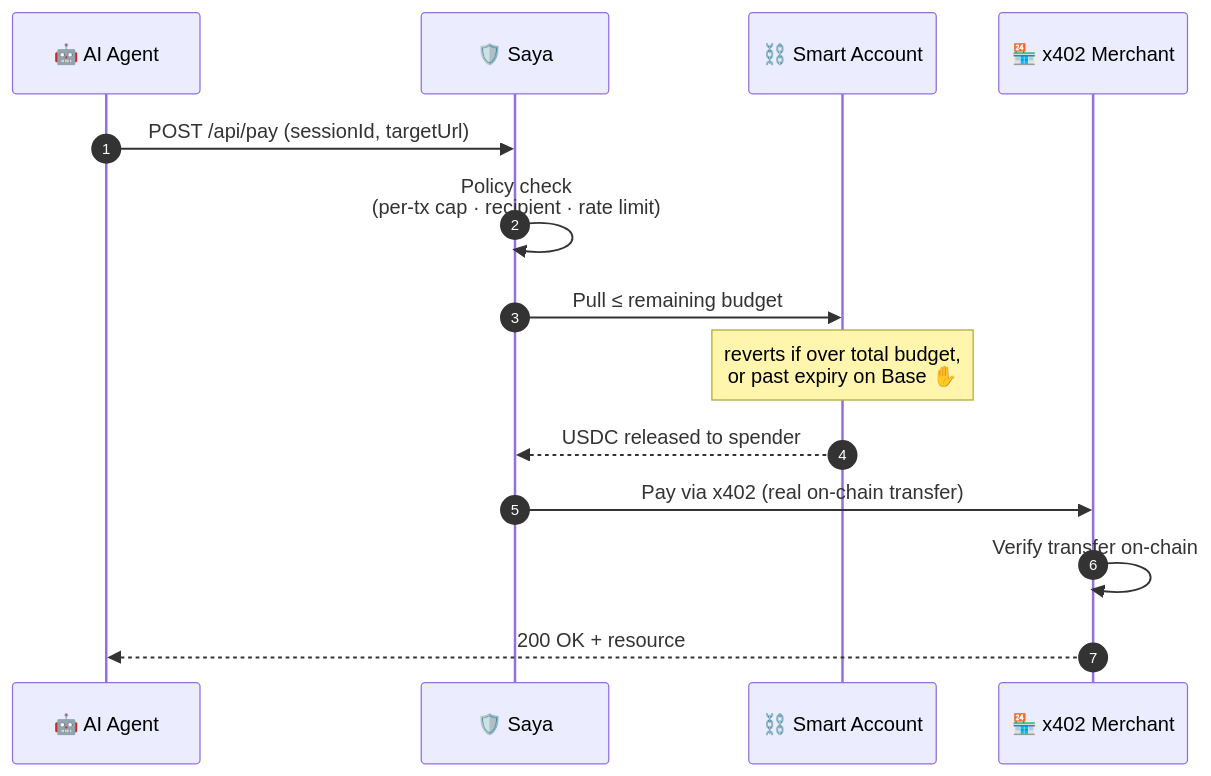
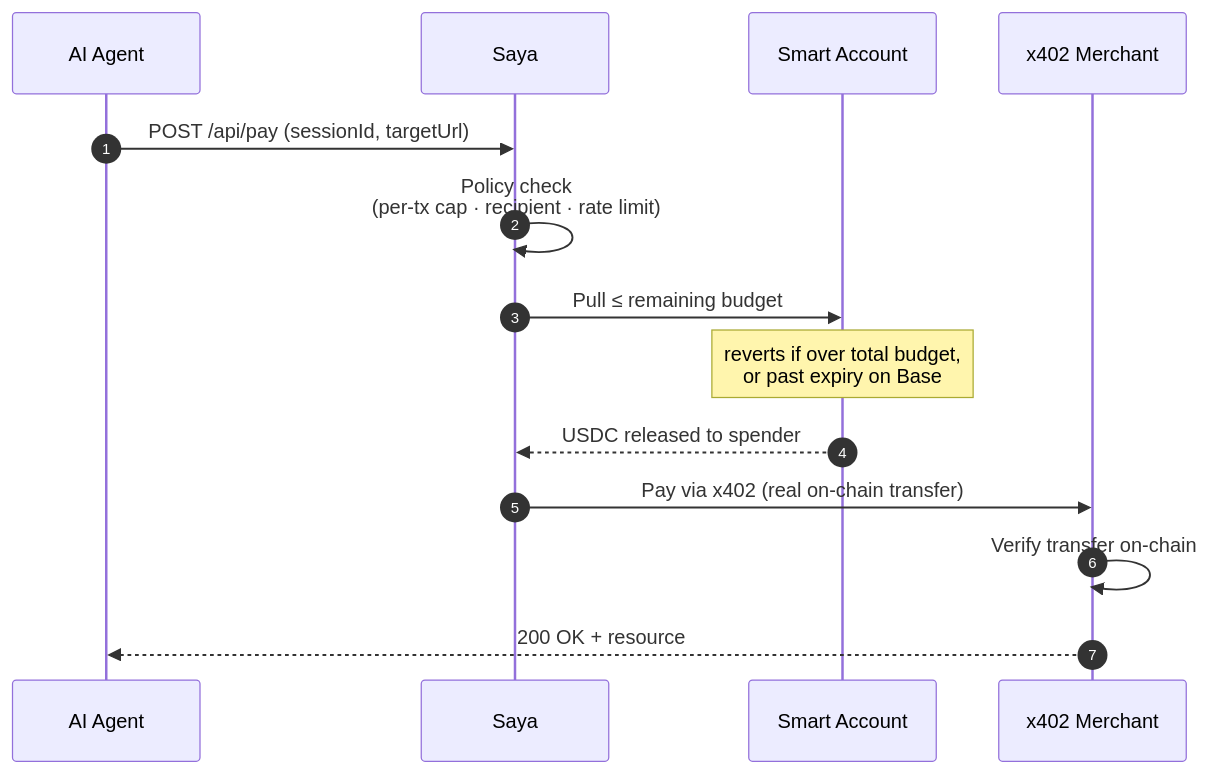
Before and after one commit to hellohello143/saya-safety-layer: the diagram in README.md, drawn with Mermaid. The commit also changed other lines of this file, not shown here.

````diff
--- a/README.md
+++ b/README.md
@@ -49,17 +49,17 @@
 ```mermaid
 sequenceDiagram
     autonumber
-    participant Agent as 🤖 AI Agent
-    participant Saya as 🛡️ Saya
-    participant Chain as ⛓️ Smart Account
-    participant Seller as 🏪 x402 Merchant
+    participant Agent as AI Agent
+    participant Saya as Saya
+    participant Chain as Smart Account
+    participant Seller as x402 Merchant
 
     Agent->>Saya: POST /api/pay (sessionId, targetUrl)
     Saya->>Saya: Policy check<br/>(per-tx cap · recipient · rate limit)
     Saya->>Chain: Pull ≤ remaining budget
-    Note over Chain: reverts if over total budget,<br/>or past expiry on Base ✋
+    Note over Chain: reverts if over total budget,<br/>or past expiry on Base
     Chain-->>Saya: USDC released to spender
     Saya->>Seller: Pay via x402 (real on-chain transfer)
     Seller->>Seller: Verify transfer on-chain
     Seller-->>Agent: 200 OK + resource
 ```
````
